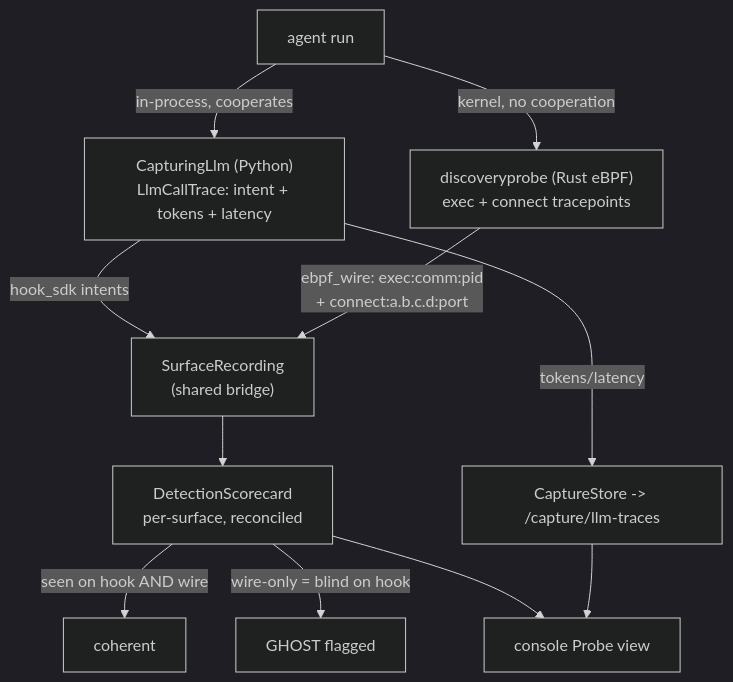
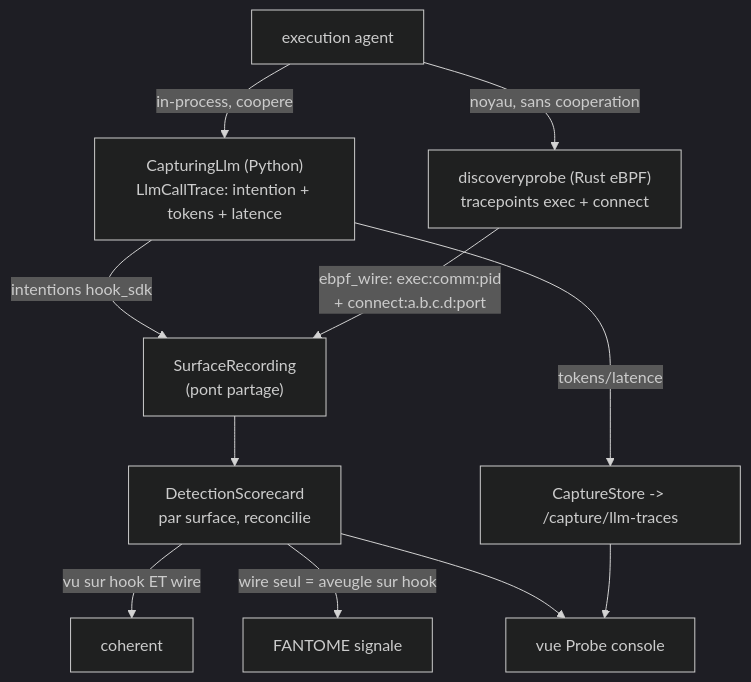
Before and after one commit to mo0ogly/recette_IA_agents: the diagram in docs/runbooks/agent-capture.md, drawn with Mermaid (dark theme). The commit also changed other lines of this file and 25 other files, not shown here.

````diff
--- a/docs/runbooks/agent-capture.md
+++ b/docs/runbooks/agent-capture.md
@@ -18,14 +18,14 @@
 ```mermaid
 flowchart TB
-    AG["agent run"]
-    AG -->|in-process, cooperates| HOOK["CapturingLlm (Python)<br/>LlmCallTrace: intent + tokens + latency"]
-    AG -->|kernel, no cooperation| EBPF["discoveryprobe (Rust eBPF)<br/>exec + connect tracepoints"]
-    HOOK -->|hook_sdk intents| REC["SurfaceRecording<br/>(shared bridge)"]
+    AG["execution agent"]
+    AG -->|in-process, coopere| HOOK["CapturingLlm (Python)<br/>LlmCallTrace: intention + tokens + latence"]
+    AG -->|noyau, sans cooperation| EBPF["discoveryprobe (Rust eBPF)<br/>tracepoints exec + connect"]
+    HOOK -->|intentions hook_sdk| REC["SurfaceRecording<br/>(pont partage)"]
     EBPF -->|"ebpf_wire: exec:comm:pid<br/>+ connect:a.b.c.d:port"| REC
-    HOOK -->|tokens/latency| TRACE["CaptureStore -> /capture/llm-traces"]
-    REC --> SC["DetectionScorecard<br/>per-surface, reconciled"]
-    SC -->|seen on hook AND wire| OK["coherent"]
-    SC -->|wire-only = blind on hook| GHOST["GHOST flagged"]
-    SC --> UX["console Probe view"]
+    HOOK -->|tokens/latence| TRACE["CaptureStore -> /capture/llm-traces"]
+    REC --> SC["DetectionScorecard<br/>par surface, reconcilie"]
+    SC -->|vu sur hook ET wire| OK["coherent"]
+    SC -->|wire seul = aveugle sur hook| GHOST["FANTOME signale"]
+    SC --> UX["vue Probe console"]
     TRACE --> UX
 ```
````
